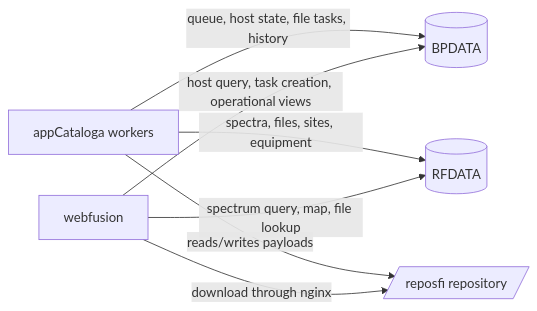
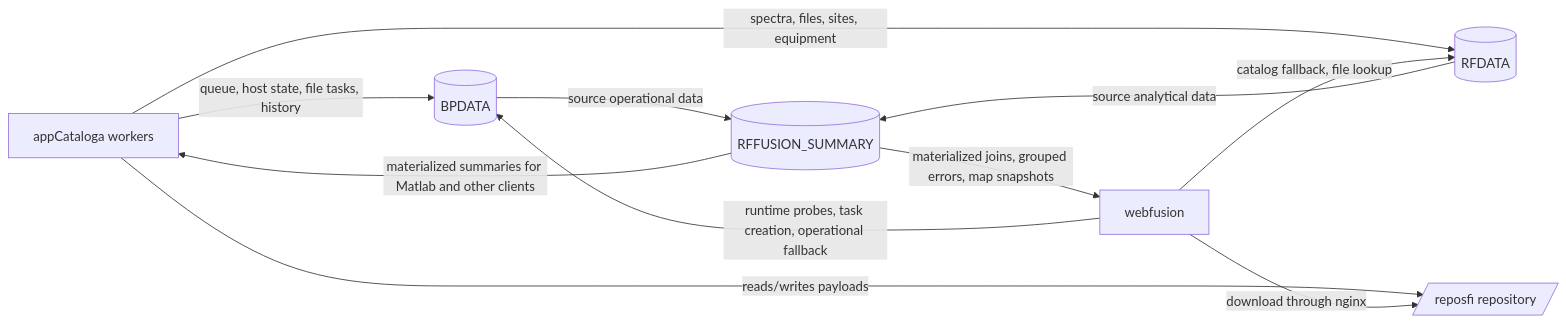
One commit to InovaFiscaliza/RF.Fusion changed the first of 4 diagrams in src/mariadb/scripts/DB_INTERCONNECTIONS.md. Above: the diagram before and after it, drawn with Mermaid. The commit also changed other lines of this file and 16 other files, not shown here.

Commit message:
Inserted RFDATA_SUMMARY Database to quick query

````diff
--- a/src/mariadb/scripts/DB_INTERCONNECTIONS.md
+++ b/src/mariadb/scripts/DB_INTERCONNECTIONS.md
@@ -17,16 +18,21 @@
 ```mermaid
 flowchart LR
     appCataloga[appCataloga workers]
     webfusion[webfusion]
     bp[(BPDATA)]
     rf[(RFDATA)]
+    rs[(RFFUSION_SUMMARY)]
     repos[/reposfi repository/]
 
     appCataloga -->|queue, host state, file tasks, history| bp
     appCataloga -->|spectra, files, sites, equipment| rf
     appCataloga -->|reads/writes payloads| repos
 
-    webfusion -->|host query, task creation, operational views| bp
-    webfusion -->|spectrum query, map, file lookup| rf
+    rs -->|materialized joins, grouped errors, map snapshots| webfusion
+    rs -->|materialized summaries for Matlab and other clients| appCataloga
+    bp -->|source operational data| rs
+    rf -->|source analytical data| rs
+    webfusion -->|runtime probes, task creation, operational fallback| bp
+    webfusion -->|catalog fallback, file lookup| rf
     webfusion -->|download through nginx| repos
 ```
````
